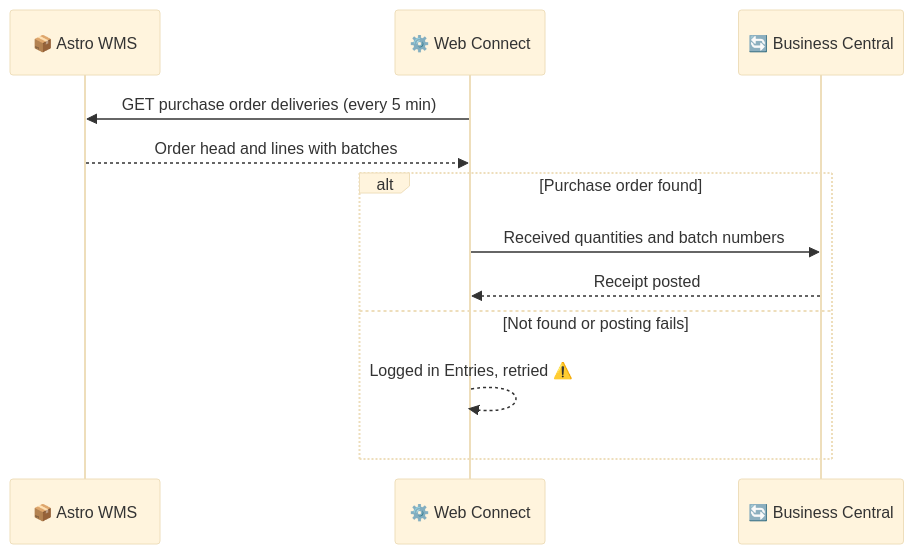
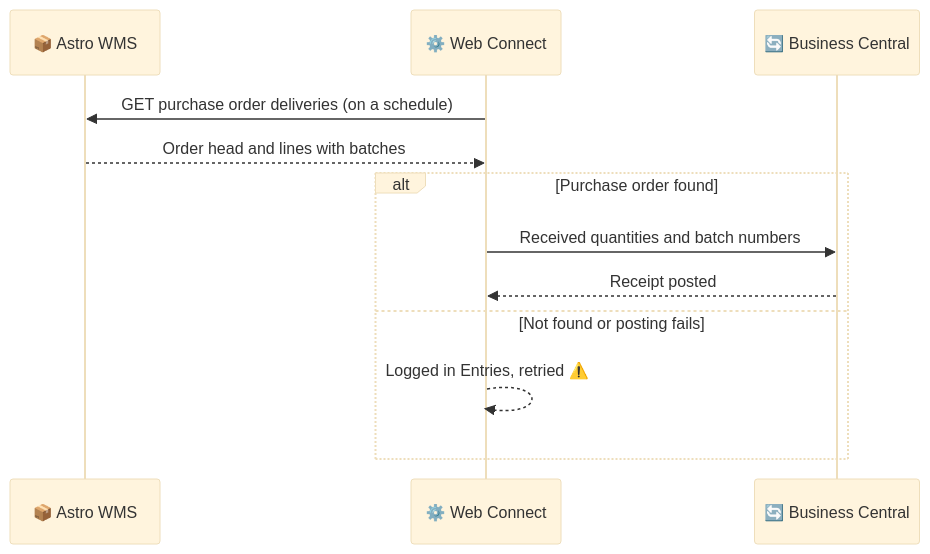
One commit to Combine-IT-ab/docs-general changed the diagram in docs/products/web-connect/integrations/astro/flows/receipt.md. Above: the diagram before and after it, drawn with Mermaid (base theme). The commit also changed other lines of this file and 7 other files, not shown here.

````diff
--- a/docs/products/web-connect/integrations/astro/flows/receipt.md
+++ b/docs/products/web-connect/integrations/astro/flows/receipt.md
@@ -40,15 +40,15 @@
 ```mermaid
 sequenceDiagram
     participant AS as 📦 Astro WMS
     participant WC as ⚙️ Web Connect
     participant BC as 🔄 Business Central
 
-    WC->>AS: GET purchase order deliveries (every 5 min)
+    WC->>AS: GET purchase order deliveries (on a schedule)
     AS-->>WC: Order head and lines with batches
     alt Purchase order found
         WC->>BC: Received quantities and batch numbers
         BC-->>WC: Receipt posted
     else Not found or posting fails
         WC-->>WC: Logged in Entries, retried ⚠️
     end
 ```
````
